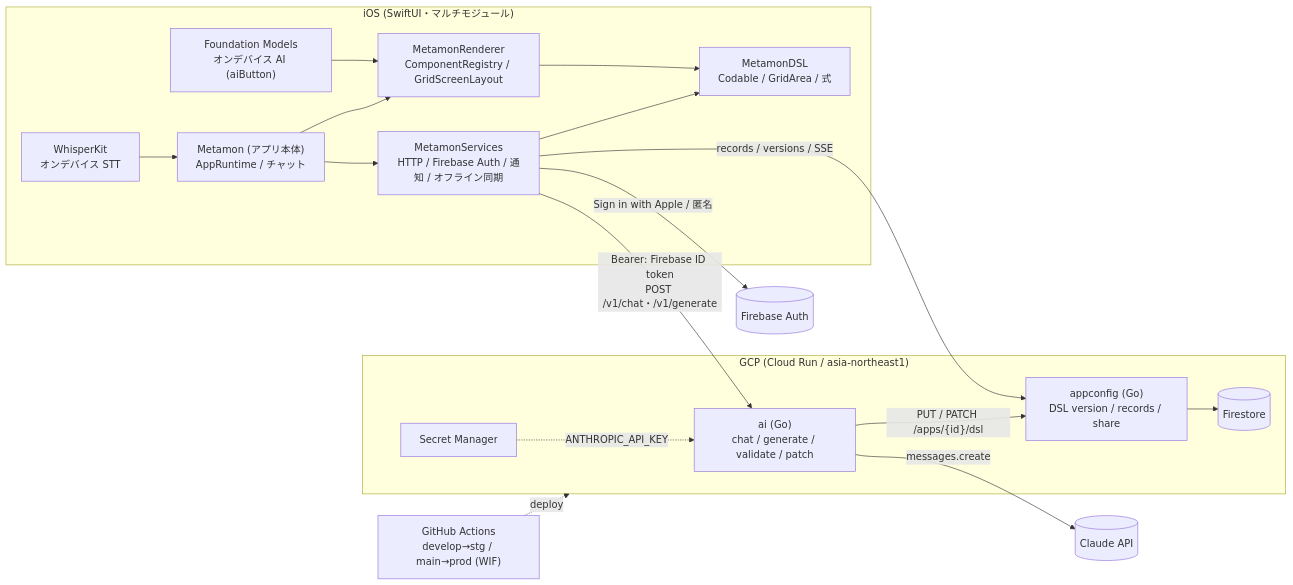
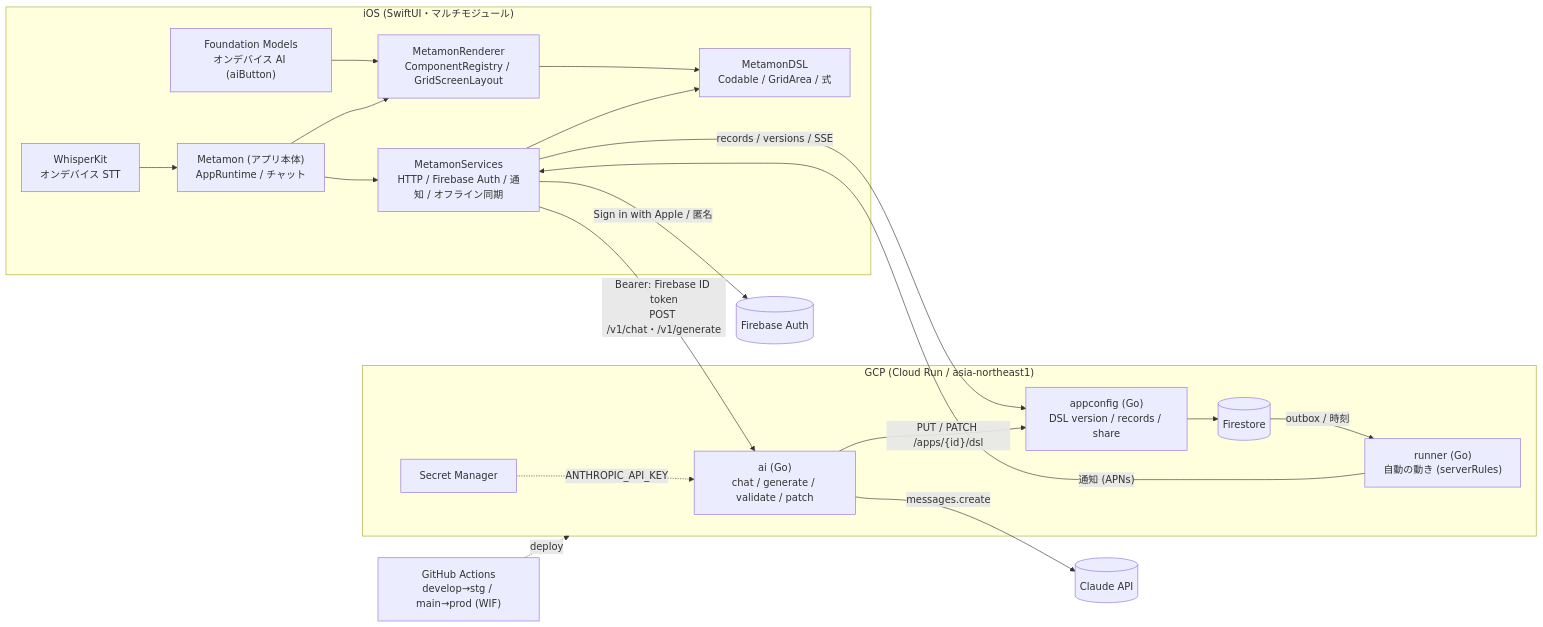
One commit to jphacks/kz_2601 changed the diagram in docs/README-details.md. Above: the diagram before and after it, drawn with Mermaid. The commit also changed other lines of this file and 1 other file, not shown here.

````diff
--- a/docs/README-details.md
+++ b/docs/README-details.md
@@ -194,25 +195,28 @@
 ```mermaid
 flowchart LR
   subgraph iOS["iOS (SwiftUI・マルチモジュール)"]
     W["WhisperKit<br/>オンデバイス STT"] --> App["Metamon (アプリ本体)<br/>AppRuntime / チャット"]
     FM["Foundation Models<br/>オンデバイス AI (aiButton)"] --> Ren
     App --> Ren["MetamonRenderer<br/>ComponentRegistry / GridScreenLayout"]
     App --> Svc["MetamonServices<br/>HTTP / Firebase Auth / 通知 / オフライン同期"]
     Ren --> DSL["MetamonDSL<br/>Codable / GridArea / 式"]
     Svc --> DSL
   end
   subgraph GCP["GCP (Cloud Run / asia-northeast1)"]
     AI["ai (Go)<br/>chat / generate / validate / patch"]
     AC["appconfig (Go)<br/>DSL version / records / share"]
+    RN["runner (Go)<br/>自動の動き (serverRules)"]
     FS[("Firestore")]
     SM["Secret Manager"]
   end
   Svc -- "Bearer: Firebase ID token<br/>POST /v1/chat・/v1/generate" --> AI
   Svc -- "records / versions / SSE" --> AC
   AI -- "PUT / PATCH /apps/{id}/dsl" --> AC
   AC --> FS
+  FS -- "outbox / 時刻" --> RN
+  RN -- "通知 (APNs)" --> Svc
   AI -- "messages.create" --> CL[(Claude API)]
   SM -. ANTHROPIC_API_KEY .-> AI
   Svc -- "Sign in with Apple / 匿名" --> FA[(Firebase Auth)]
   GH["GitHub Actions<br/>develop→stg / main→prod (WIF)"] -. deploy .-> GCP
 ```
````
